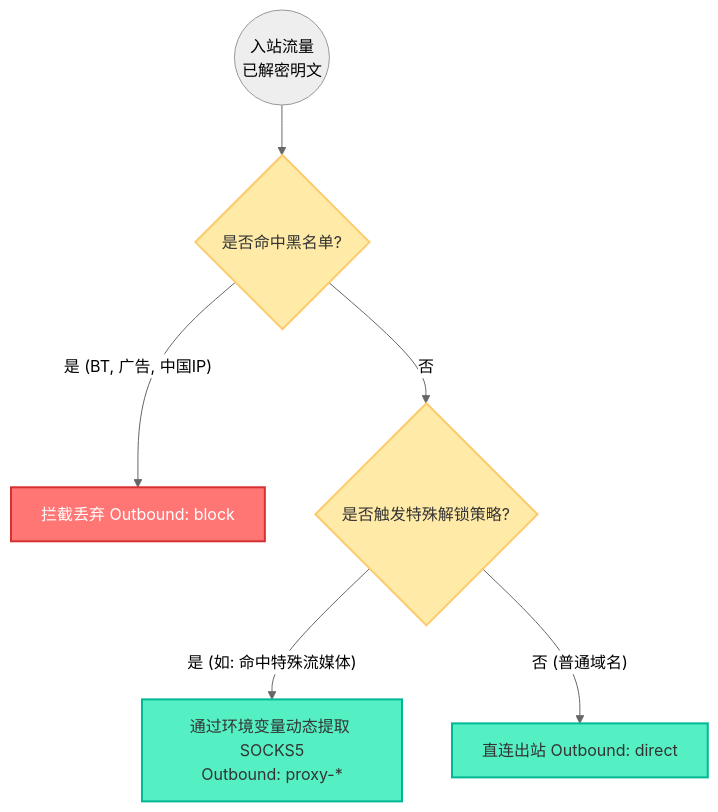
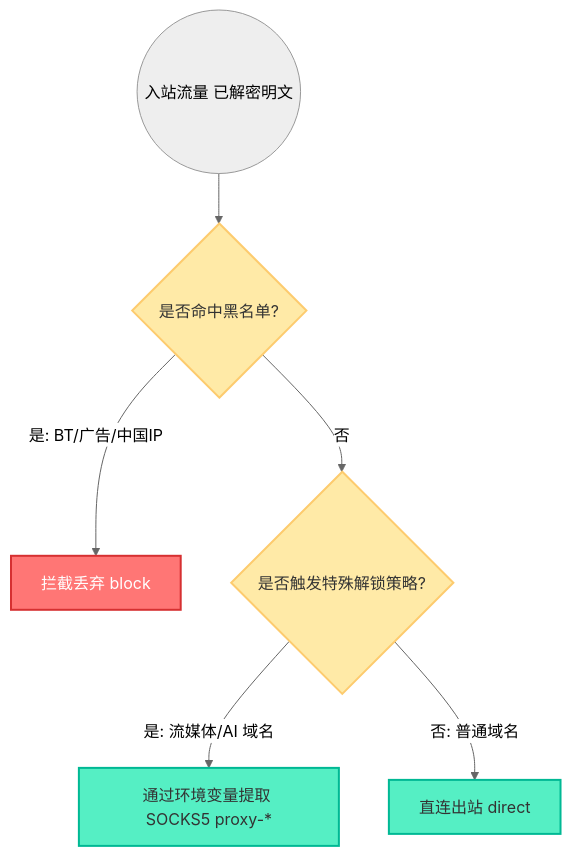
Before and after one commit to currycan/key: the first of 4 diagrams in docker/sb-xray/docs/03-routing-and-clients.md, drawn with Mermaid (neutral theme). The commit also changed other lines of this file and 16 other files, not shown here.

````diff
--- a/docker/sb-xray/docs/03-routing-and-clients.md
+++ b/docker/sb-xray/docs/03-routing-and-clients.md
@@ -14,14 +27,14 @@
 ```mermaid
 flowchart TD
-    classDef block fill:#ff7675,stroke:#d63031,stroke-width:2px,color:#fff;
-    classDef pass fill:#55efc4,stroke:#00b894,stroke-width:2px,color:#333;
-    classDef logic fill:#ffeaa7,stroke:#fdcb6e,stroke-width:2px,color:#333;
+    classDef block fill:#ff7675,stroke:#d63031,stroke-width:2px,color:#fff
+    classDef pass fill:#55efc4,stroke:#00b894,stroke-width:2px,color:#333
+    classDef logic fill:#ffeaa7,stroke:#fdcb6e,stroke-width:2px,color:#333
 
-    In((入站流量<br>已解密明文)) --> R1{是否命中黑名单?}:::logic
-    R1 -- "是 (BT, 广告, 中国IP)" --> Drop["拦截丢弃 Outbound: block"]:::block
-    
-    R1 -- "否" --> R2{是否触发特殊解锁策略?}:::logic
-    R2 -- "是 (如: 命中特殊流媒体)" --> Strategy["通过环境变量动态提取 SOCKS5<br>Outbound: proxy-*"]:::pass
-    
-    R2 -- "否 (普通域名)" --> Out2["直连出站 Outbound: direct"]:::pass
+    In(("入站流量 已解密明文")) --> R1{"是否命中黑名单?"}:::logic
+    R1 -- "是: BT/广告/中国IP" --> Drop["拦截丢弃 block"]:::block
+
+    R1 -- "否" --> R2{"是否触发特殊解锁策略?"}:::logic
+    R2 -- "是: 流媒体/AI 域名" --> Strategy["通过环境变量提取 SOCKS5 proxy-*"]:::pass
+
+    R2 -- "否: 普通域名" --> Out2["直连出站 direct"]:::pass
 ```
````
